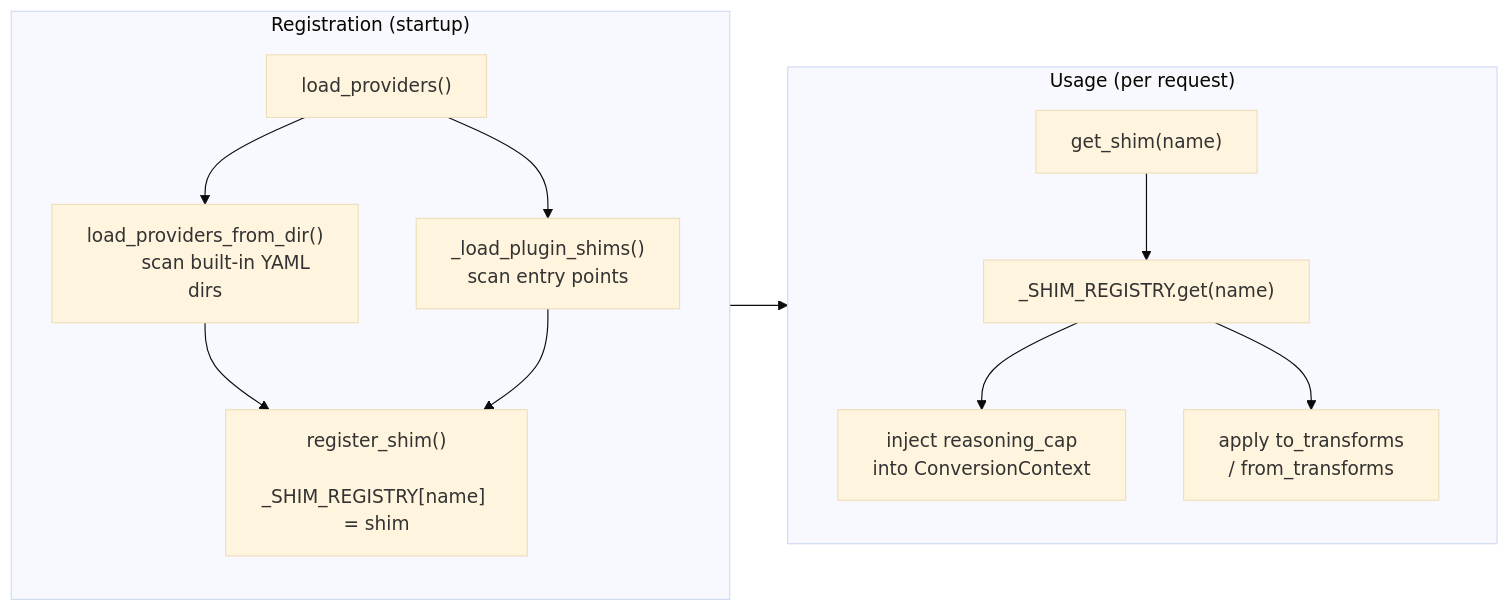
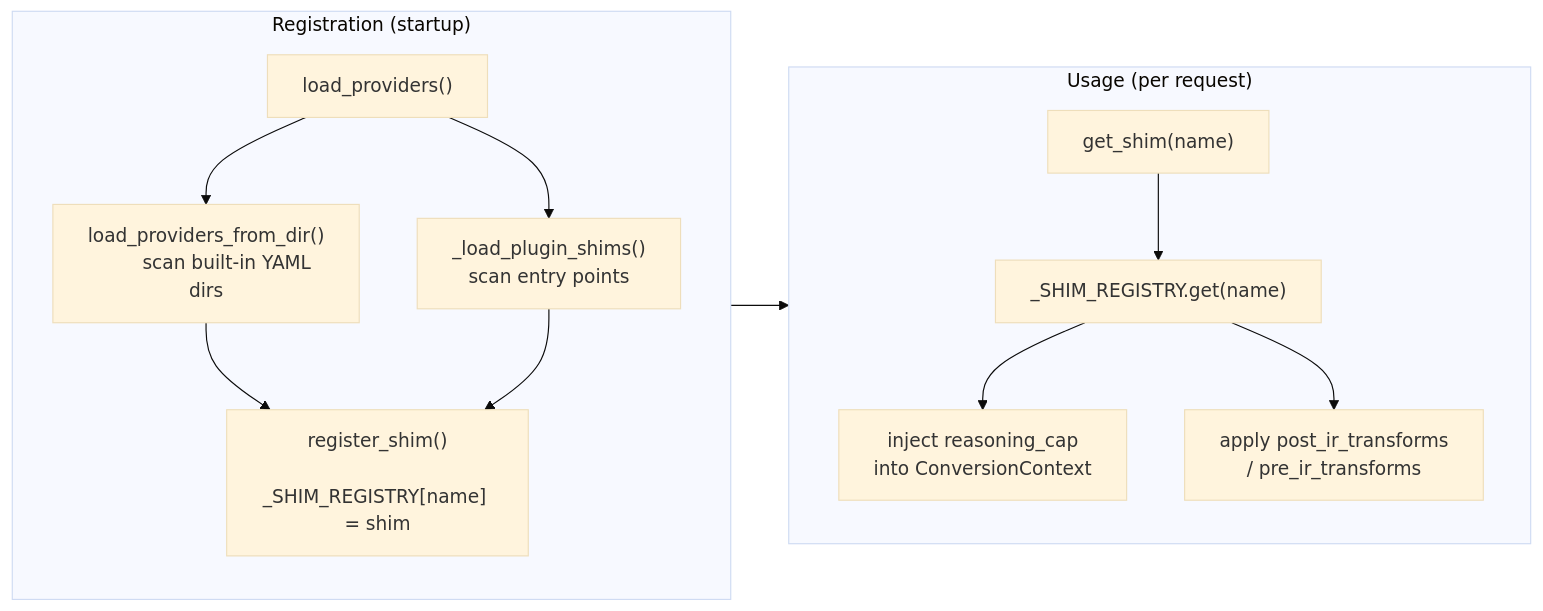
Before and after one commit to Oaklight/llm-rosetta: the diagram in docs/guide/shims.md, drawn with Mermaid (base theme). The commit also changed other lines of this file and 1 other file, not shown here.

First line of the commit message:
docs: rename transform fields to pre_ir_transforms / post_ir_transforms

````diff
--- a/docs/guide/shims.md
+++ b/docs/guide/shims.md
@@ -74,24 +77,24 @@
 ```mermaid
 flowchart LR
     subgraph Registration["Registration (startup)"]
         direction TB
         A["load_providers()"] --> B["load_providers_from_dir()
         scan built-in YAML dirs"]
         A --> C["_load_plugin_shims()
         scan entry points"]
         B --> D["register_shim()
         _SHIM_REGISTRY[name] = shim"]
         C --> D
     end
 
     subgraph Usage["Usage (per request)"]
         direction TB
         E["get_shim(name)"] --> F["_SHIM_REGISTRY.get(name)"]
         F --> G["inject reasoning_cap
         into ConversionContext"]
-        F --> H["apply to_transforms
-        / from_transforms"]
+        F --> H["apply post_ir_transforms
+        / pre_ir_transforms"]
     end
 
     Registration --> Usage
 ```
````
